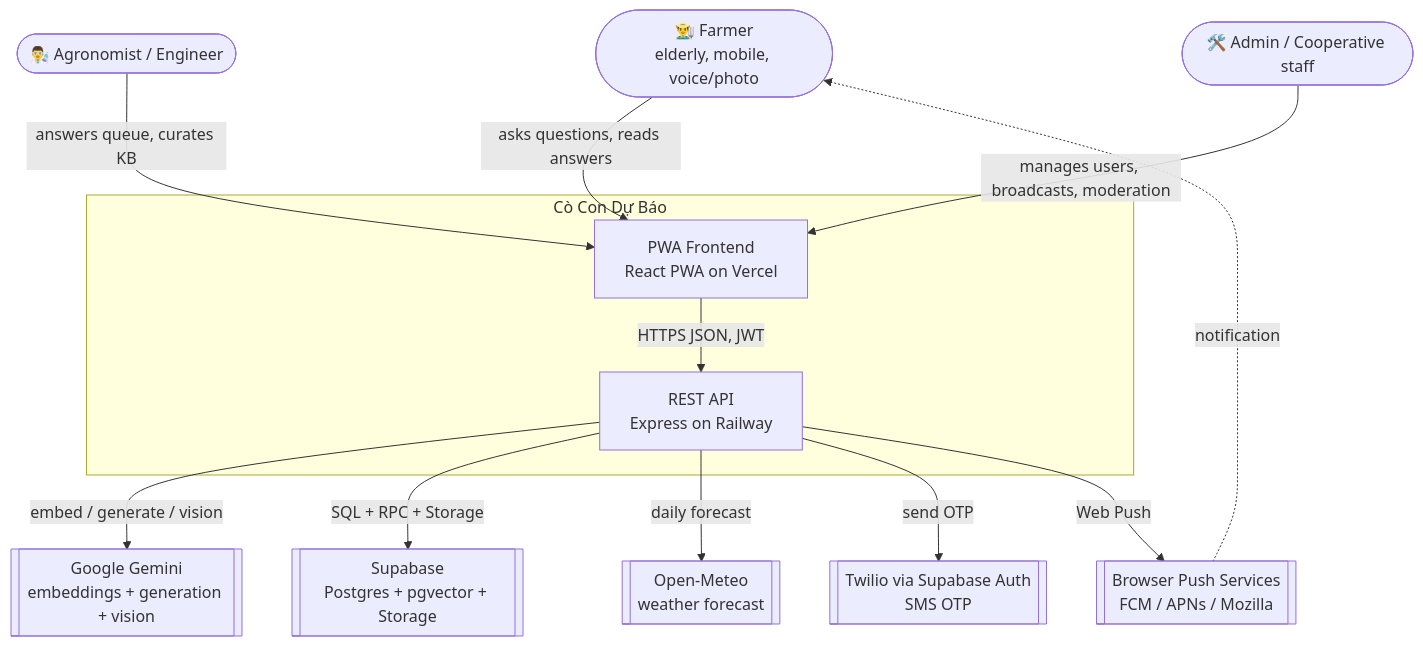
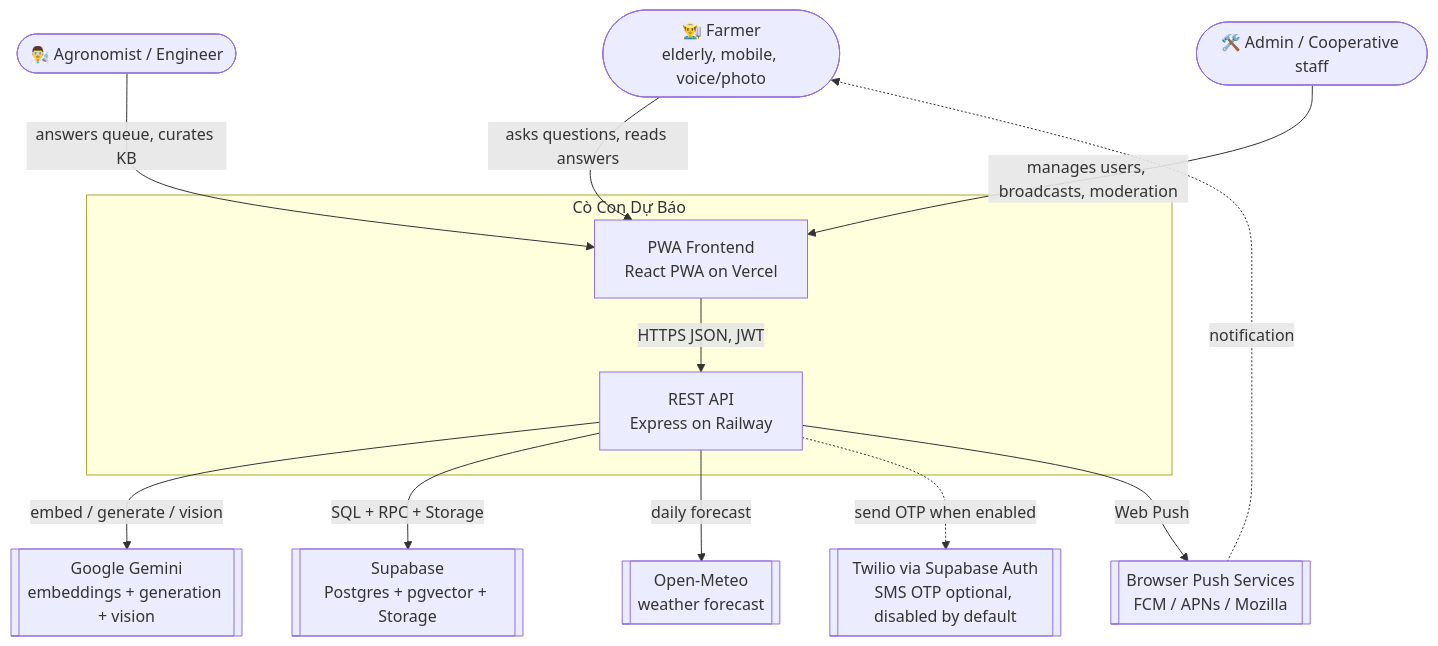
The first of 6 diagrams in docs/03-ARCHITECTURE.md (concodubao/cocondubao), drawn with Mermaid before and after one commit. The commit also changed other lines of this file and 46 other files, not shown here.

````diff
--- a/docs/03-ARCHITECTURE.md
+++ b/docs/03-ARCHITECTURE.md
@@ -89,29 +89,29 @@
 ```mermaid
 graph TB
     farmer([👨‍🌾 Farmer<br/>elderly, mobile, voice/photo])
     engineer([👨‍🔬 Agronomist / Engineer])
     admin([🛠️ Admin / Cooperative staff])
 
     subgraph system [Cò Con Dự Báo]
         pwa[PWA Frontend<br/>React PWA on Vercel]
         api[REST API<br/>Express on Railway]
     end
 
     gemini[[Google Gemini<br/>embeddings + generation + vision]]
     supabase[[Supabase<br/>Postgres + pgvector + Storage]]
     openmeteo[[Open-Meteo<br/>weather forecast]]
-    twilio[[Twilio via Supabase Auth<br/>SMS OTP]]
+    twilio[[Twilio via Supabase Auth<br/>SMS OTP optional, disabled by default]]
     webpushsvc[[Browser Push Services<br/>FCM / APNs / Mozilla]]
 
     farmer -->|asks questions, reads answers| pwa
     engineer -->|answers queue, curates KB| pwa
     admin -->|manages users, broadcasts, moderation| pwa
     pwa -->|HTTPS JSON, JWT| api
 
     api -->|embed / generate / vision| gemini
     api -->|SQL + RPC + Storage| supabase
     api -->|daily forecast| openmeteo
-    api -->|send OTP| twilio
+    api -.->|send OTP when enabled| twilio
     api -->|Web Push| webpushsvc
     webpushsvc -.->|notification| farmer
 ```
````
